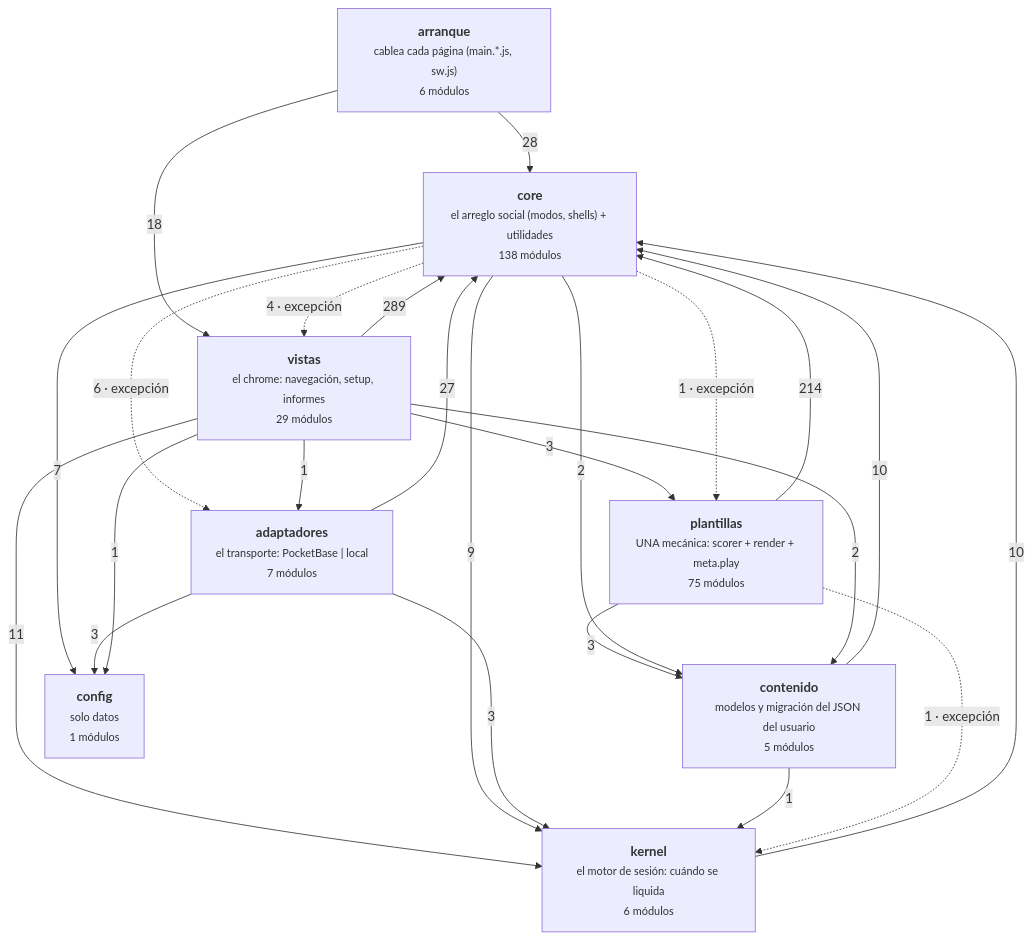
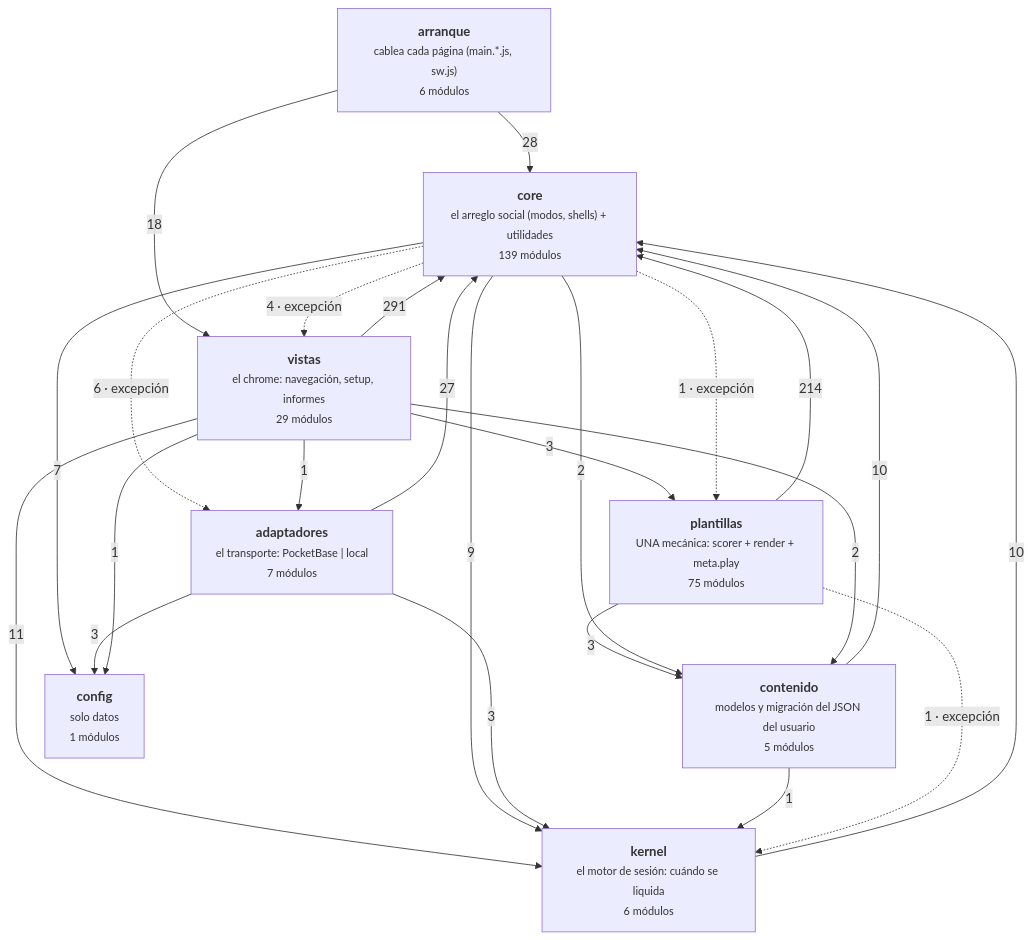
The diagram in docs/arquitectura-modulos.md (duecaz/ac), drawn with Mermaid before and after one commit. The commit also changed other lines of this file and 10 other files, not shown here.

````diff
--- a/docs/arquitectura-modulos.md
+++ b/docs/arquitectura-modulos.md
@@ -56,34 +56,34 @@
 ```mermaid
 graph TD
   A["<b>arranque</b><br/><small>cablea cada página (main.*.js, sw.js)</small><br/><small>6 módulos</small>"]
   V["<b>vistas</b><br/><small>el chrome: navegación, setup, informes</small><br/><small>29 módulos</small>"]
   AD["<b>adaptadores</b><br/><small>el transporte: PocketBase | local</small><br/><small>7 módulos</small>"]
-  C["<b>core</b><br/><small>el arreglo social (modos, shells) + utilidades</small><br/><small>138 módulos</small>"]
+  C["<b>core</b><br/><small>el arreglo social (modos, shells) + utilidades</small><br/><small>139 módulos</small>"]
   K["<b>kernel</b><br/><small>el motor de sesión: cuándo se liquida</small><br/><small>6 módulos</small>"]
   T["<b>plantillas</b><br/><small>UNA mecánica: scorer + render + meta.play</small><br/><small>75 módulos</small>"]
   CO["<b>contenido</b><br/><small>modelos y migración del JSON del usuario</small><br/><small>5 módulos</small>"]
   CF["<b>config</b><br/><small>solo datos</small><br/><small>1 módulos</small>"]
-  V -->|289| C
+  V -->|291| C
   T -->|214| C
   A -->|28| C
   AD -->|27| C
   A -->|18| V
   V -->|11| K
   CO -->|10| C
   K -->|10| C
   C -->|9| K
   C -->|7| CF
   C -.->|6 · excepción| AD
   C -.->|4 · excepción| V
   AD -->|3| CF
   AD -->|3| K
   T -->|3| CO
   V -->|3| T
   C -->|2| CO
   V -->|2| CO
   C -.->|1 · excepción| T
   CO -->|1| K
   T -.->|1 · excepción| K
   V -->|1| AD
   V -->|1| CF
 ```
````
